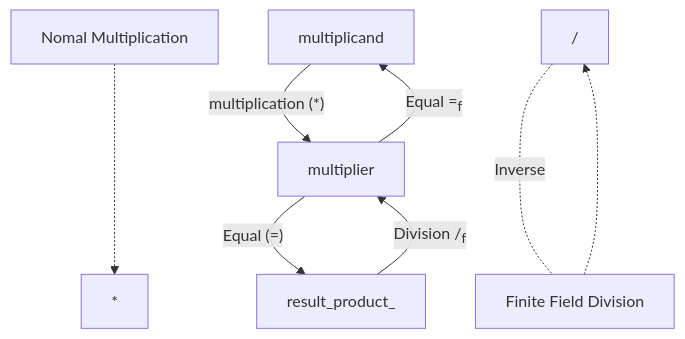
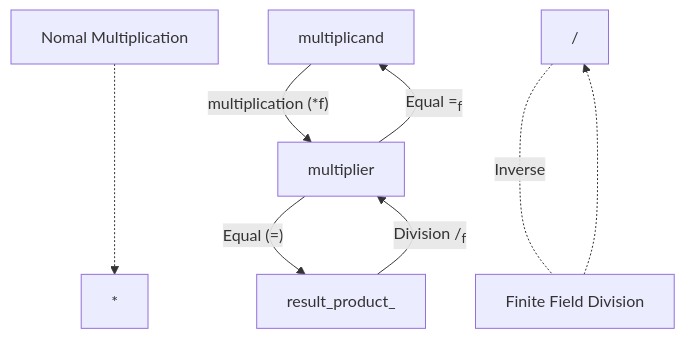
Before and after one commit to will-bc/Blockchain-Cryptocurrency: the third of 3 diagrams in Finite_Field/README.md, drawn with Mermaid.

````diff
--- a/Finite_Field/README.md
+++ b/Finite_Field/README.md
@@ -49,16 +49,16 @@
 ```mermaid 
 graph TB 
 
 A["Nomal Multiplication"] -..-> *
 
-multiplicand --"multiplication (*)" --> multiplier-->|"Equal (=)"|result_product_ 
+multiplicand --"multiplication (*f)" --> multiplier-->|"Equal (=)"|result_product_ 
 
 result_product_-- "Division /<sub>f</sub>" -->multiplier
 multiplier--"Equal =<sub>f</sub>" -->multiplicand
 
 / <-.- |"Inverse"| B["Finite Field Division"]
 
 B["Finite Field Division"] -..-> /
 
 
 ```
````
